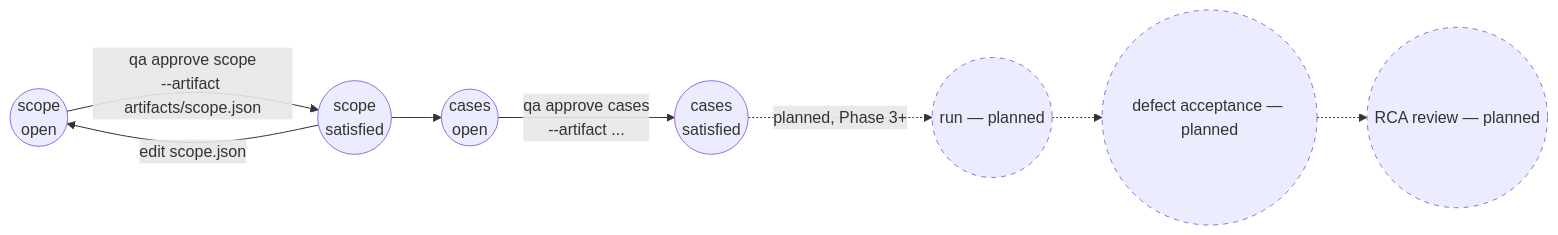
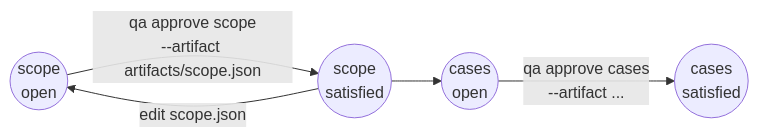
Before and after one commit to Klim-101/QA-AI-STLC: the fourth of 4 diagrams in docs/public/architecture-diagram.md, drawn with Mermaid. The commit also changed other lines of this file and 3 other files, not shown here.

````diff
--- a/docs/public/architecture-diagram.md
+++ b/docs/public/architecture-diagram.md
@@ -142,14 +144,7 @@
 ```mermaid
 flowchart LR
     scope(("scope<br/>open")) -->|"qa approve scope<br/>--artifact artifacts/scope.json"| scopeDone(("scope<br/>satisfied"))
     scopeDone -->|"edit scope.json"| scope
     scopeDone --> cases(("cases<br/>open"))
     cases -->|"qa approve cases<br/>--artifact ..."| casesDone(("cases<br/>satisfied"))
-    casesDone -.->|"planned, Phase 3+"| run(("run — planned"))
-    run -.-> defects(("defect acceptance — planned"))
-    defects -.-> rca(("RCA review — planned"))
-
-    style run stroke-dasharray: 5 5
-    style defects stroke-dasharray: 5 5
-    style rca stroke-dasharray: 5 5
 ```
````
